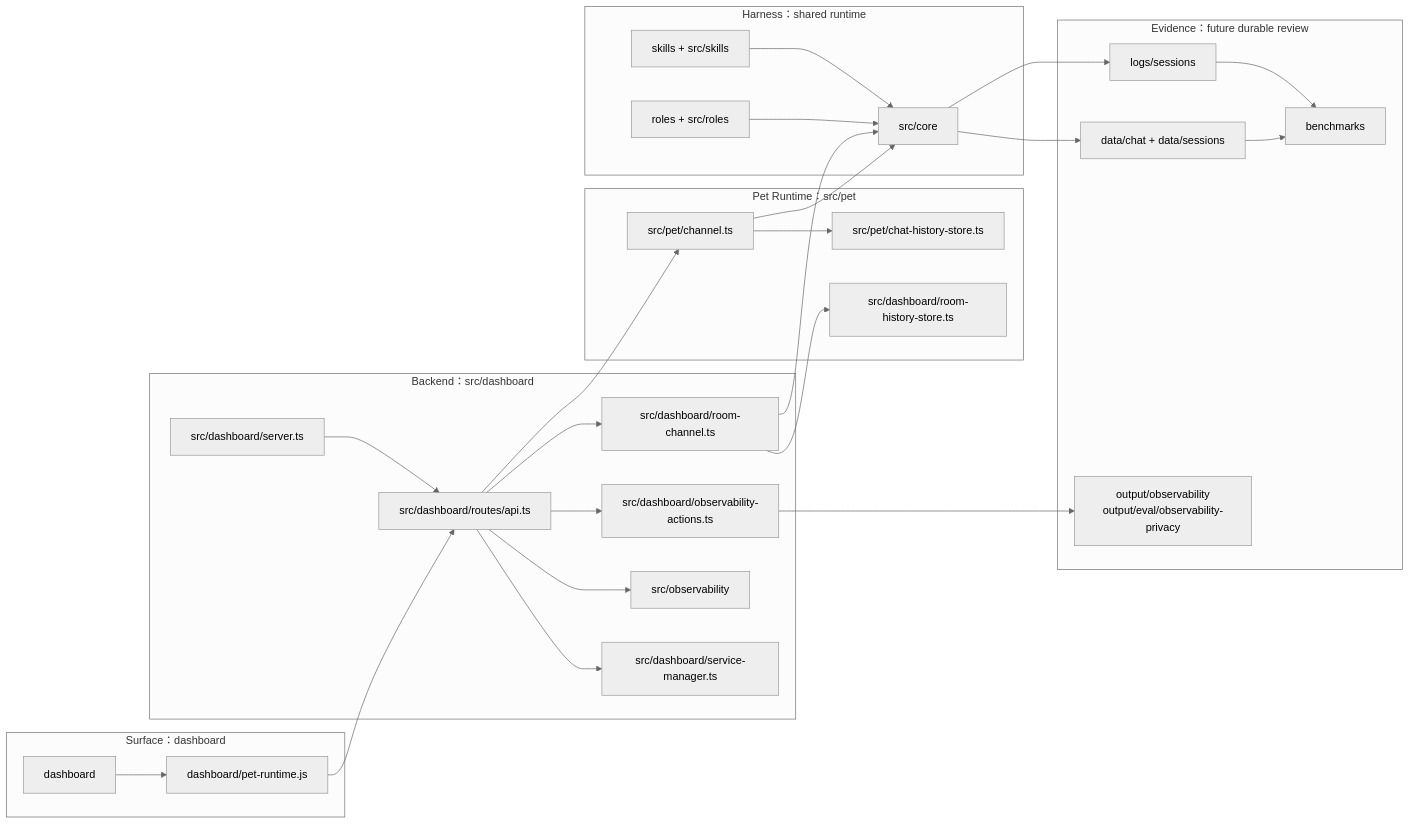
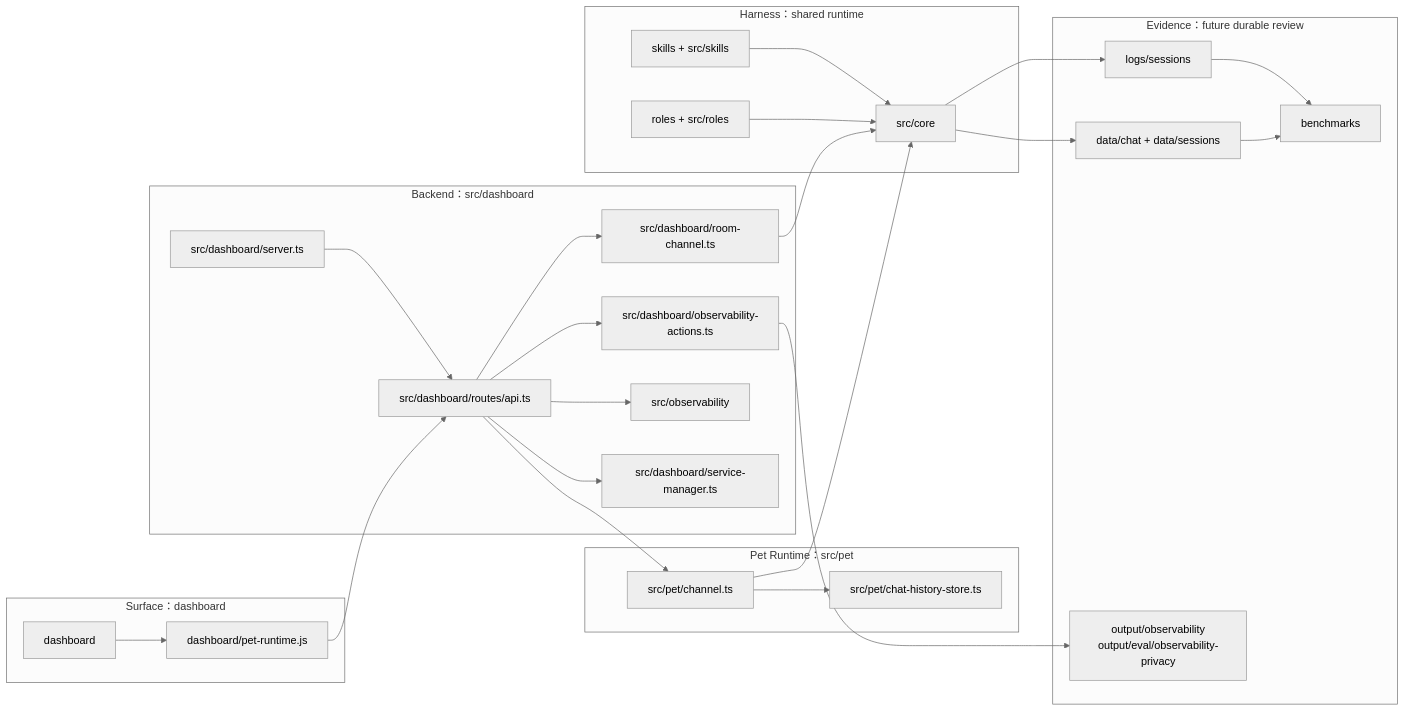
The second of 2 diagrams in dashboard/SPEC.md (fightheyyy/XiaoBa-CLI), drawn with Mermaid (neutral theme) before and after one commit. The commit also changed other lines of this file and 271 other files, not shown here.

````diff
--- a/dashboard/SPEC.md
+++ b/dashboard/SPEC.md
@@ -79,55 +77,53 @@
 ```mermaid
 flowchart LR
     subgraph Surface["Surface：dashboard"]
         Static["dashboard"]
         RuntimeJs["dashboard/pet-runtime.js"]
     end
 
     subgraph Backend["Backend：src/dashboard"]
         Server["src/dashboard/server.ts"]
         Api["src/dashboard/routes/api.ts"]
         ObsActions["src/dashboard/observability-actions.ts"]
         Room["src/dashboard/room-channel.ts"]
         Obs["src/observability"]
         Services["src/dashboard/service-manager.ts"]
     end
 
     subgraph PetRuntime["Pet Runtime：src/pet"]
         PetChannel["src/pet/channel.ts"]
         ChatHistory["src/pet/chat-history-store.ts"]
-        RoomHistory["src/dashboard/room-history-store.ts"]
     end
 
     subgraph Harness["Harness：shared runtime"]
         Core["src/core"]
         Roles["roles + src/roles"]
         Skills["skills + src/skills"]
     end
 
     subgraph Evidence["Evidence：future durable review"]
         Data["data/chat + data/sessions"]
         Logs["logs/sessions"]
         Benchmarks["benchmarks"]
         ObservabilityOutput["output/observability<br/>output/eval/observability-privacy"]
     end
 
     Static --> RuntimeJs
     RuntimeJs --> Api
     Server --> Api
     Api --> ObsActions
     Api --> Room
     Api --> Obs
     Api --> Services
     Api --> PetChannel
     PetChannel --> ChatHistory
-    Room --> RoomHistory
     Room --> Core
     PetChannel --> Core
     Roles --> Core
     Skills --> Core
     Core --> Data
     Core --> Logs
     Data --> Benchmarks
     Logs --> Benchmarks
     ObsActions --> ObservabilityOutput
 ```
````
